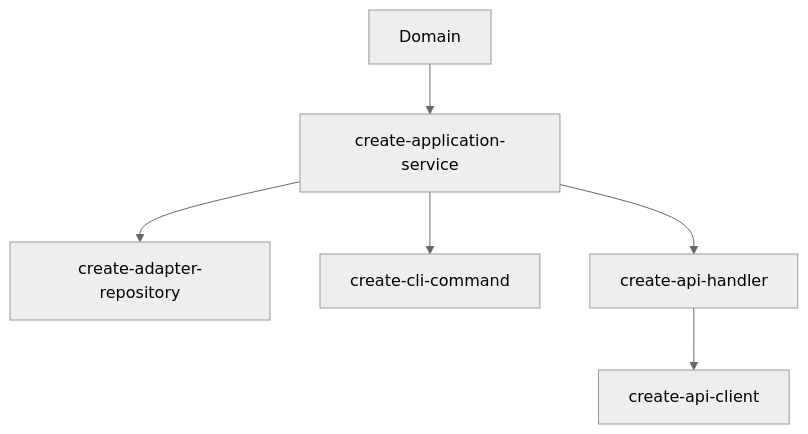
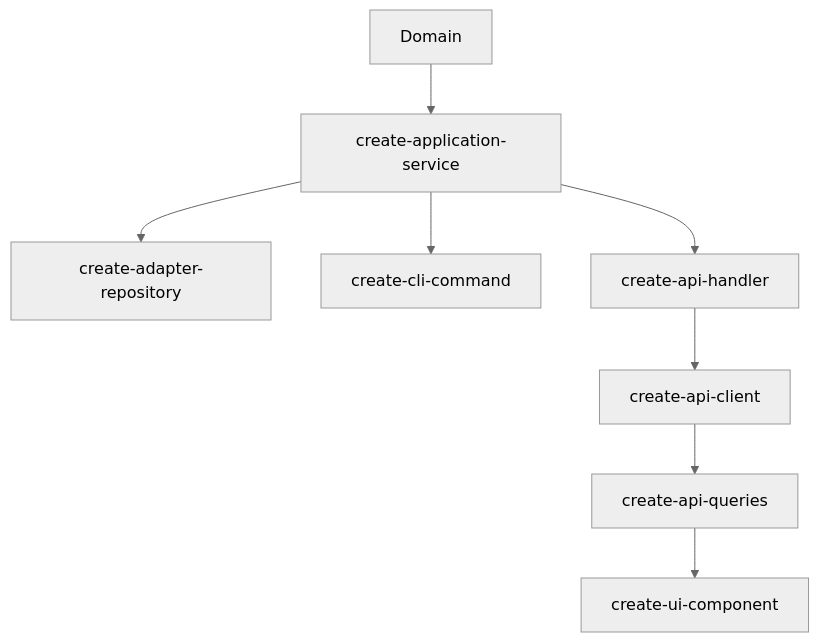
One commit to bkotos/listello changed the first of 7 diagrams in docs/ai-tooling.md. Above: the diagram before and after it, drawn with Mermaid (neutral theme). The commit also changed other lines of this file and 5 other files, not shown here.

Commit message:
Add create-ui-component skill documentation and examples. Updated LAYER-ORDER.md to include UI components in the development workflow. Enhanced AI tooling documentation to reflect new skill integration and usage guidelines.

````diff
--- a/docs/ai-tooling.md
+++ b/docs/ai-tooling.md
@@ -46,15 +52,19 @@
 ```mermaid
 flowchart TD
     domain[Domain]
     app[create-application-service]
     adapter[create-adapter-repository]
     cli[create-cli-command]
     handler[create-api-handler]
     client[create-api-client]
+    queries[create-api-queries]
+    ui[create-ui-component]
 
     domain --> app
     app --> adapter
     app --> cli
     app --> handler
     handler --> client
+    client --> queries
+    queries --> ui
 ```
````
